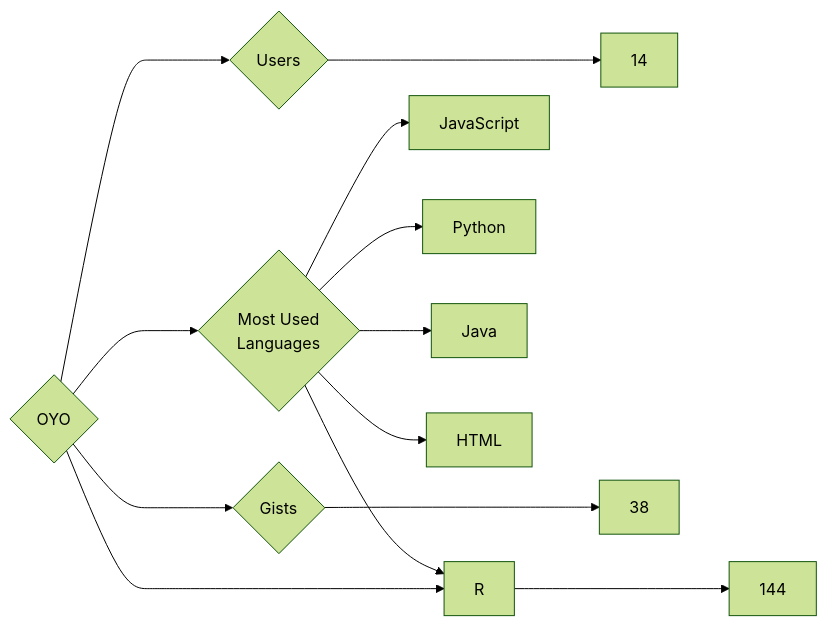
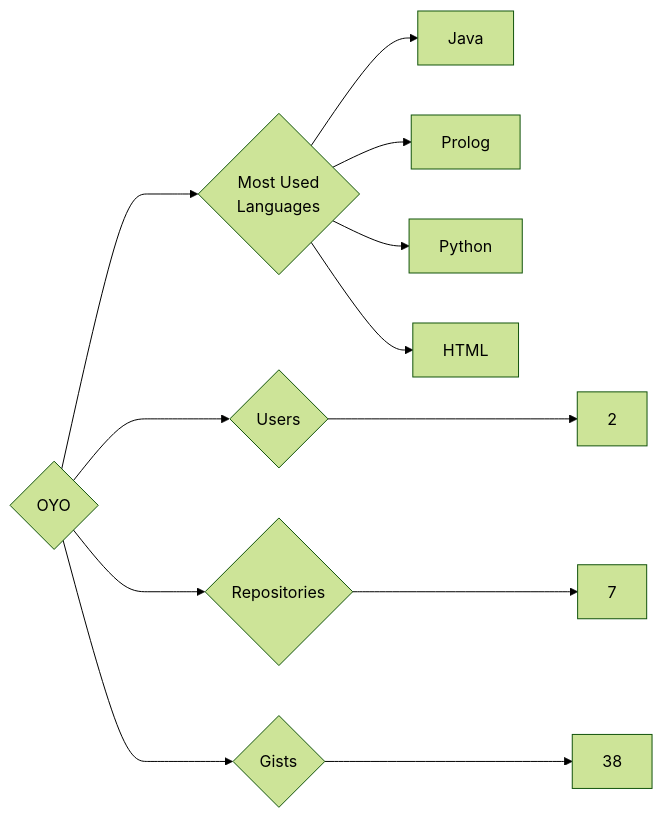
The diagram in targets/OYO/README.md (trickest/insiders), drawn with Mermaid (forest theme) before and after one commit. The commit also changed 895 other files, not shown here.

````diff
--- a/targets/OYO/README.md
+++ b/targets/OYO/README.md
@@ -3,13 +3,12 @@
 ```mermaid
 graph LR
 COMPANY_NAME{OYO}
-COMPANY_NAME ---> U{Users} ---> UN[14]
-COMPANY_NAME ---> R{Repositories} ---> RN[144]
+COMPANY_NAME ---> U{Users} ---> UN[2]
+COMPANY_NAME ---> R{Repositories} ---> RN[7]
 COMPANY_NAME ---> G{Gists} ---> GN[38]
 COMPANY_NAME ---> ML{Most Used<br>Languages}
-ML --> JavaScript[JavaScript]
+ML --> Java[Java]
+ML --> Prolog[Prolog]
 ML --> Python[Python]
-ML --> Java[Java]
-ML --> R[R]
 ML --> HTML[HTML]
 ```
````
